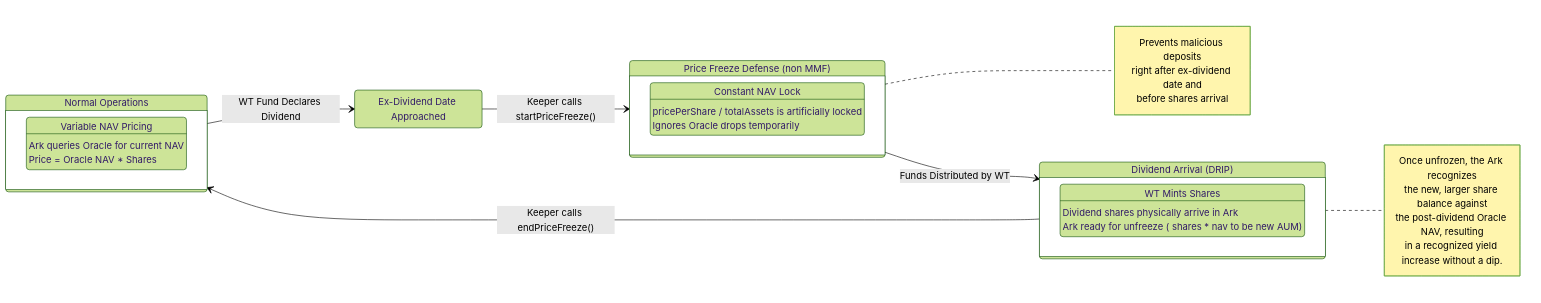
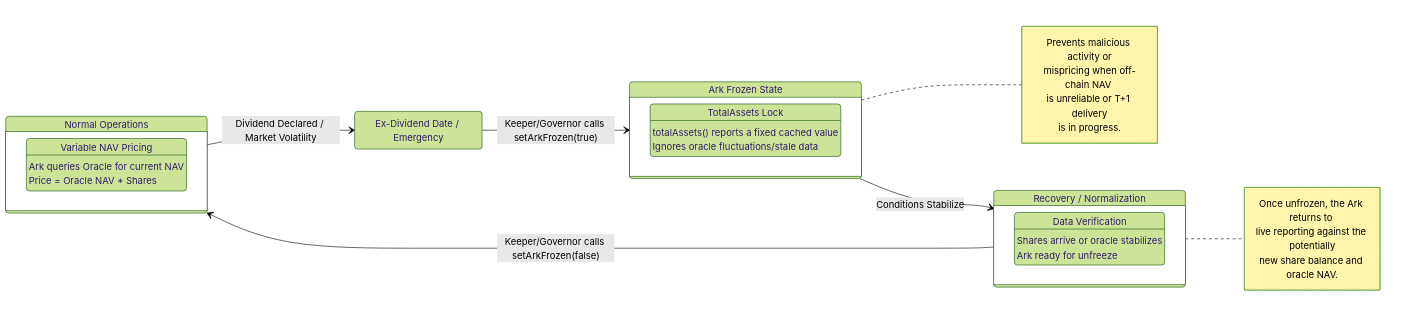
The first of 3 diagrams in packages/core-contracts/src/contracts/rounds-vault/docs/ROUNDS.md (OasisDEX/summer-earn-protocol), drawn with Mermaid (forest theme) before and after one commit. The commit also changed other lines of this file and 5 other files, not shown here.

````diff
--- a/packages/core-contracts/src/contracts/rounds-vault/docs/ROUNDS.md
+++ b/packages/core-contracts/src/contracts/rounds-vault/docs/ROUNDS.md
@@ -1,44 +1,44 @@
 ```mermaid
 stateDiagram-v2
     direction LR
 
     state "Normal Operations" as Normal {
         state "Variable NAV Pricing" as VarNAV
         VarNAV : Ark queries Oracle for current NAV
         VarNAV : Price = Oracle NAV * Shares
     }
 
-    state "Ex-Dividend Date Approached" as ExDiv
+    state "Ex-Dividend Date / Emergency" as Emergency
 
-    state "Price Freeze Defense (non MMF)" as Freeze {
-        state "Constant NAV Lock" as ConstNAV
-        ConstNAV : pricePerShare / totalAssets is artificially locked
-        ConstNAV : Ignores Oracle drops temporarily
+    state "Ark Frozen State" as Freeze {
+        state "TotalAssets Lock" as Locked
+        Locked : totalAssets() reports a fixed cached value
+        Locked : Ignores oracle fluctuations/stale data
     }
 
-    Normal --> ExDiv : WT Fund Declares Dividend
-    ExDiv --> Freeze : Keeper calls startPriceFreeze()
+    Normal --> Emergency : Dividend Declared / Market Volatility
+    Emergency --> Freeze : Keeper/Governor calls setArkFrozen(true)
 
     Note right of Freeze
-        Prevents malicious deposits
-        right after ex-dividend date and
-        before shares arrival
+        Prevents malicious activity or
+        mispricing when off-chain NAV 
+        is unreliable or T+1 delivery
+        is in progress.
     end note
 
-    state "Dividend Arrival (DRIP)" as Settle {
-        state "WT Mints Shares" as Mint
-        Mint : Dividend shares physically arrive in Ark
-        Mint : Ark ready for unfreeze ( shares * nav to be new AUM)
+    state "Recovery / Normalization" as Settle {
+        state "Data Verification" as Verify
+        Verify : Shares arrive or oracle stabilizes
+        Verify : Ark ready for unfreeze
     }
 
-    Freeze --> Settle : Funds Distributed by WT
+    Freeze --> Settle : Conditions Stabilize
 
-    Settle --> Normal : Keeper calls endPriceFreeze()
+    Settle --> Normal : Keeper/Governor calls setArkFrozen(false)
 
     Note right of Settle
-        Once unfrozen, the Ark recognizes
-        the new, larger share balance against
-        the post-dividend Oracle NAV, resulting
-        in a recognized yield increase without a dip.
+        Once unfrozen, the Ark returns to 
+        live reporting against the potentially
+        new share balance and oracle NAV.
     end note
 ```
````
